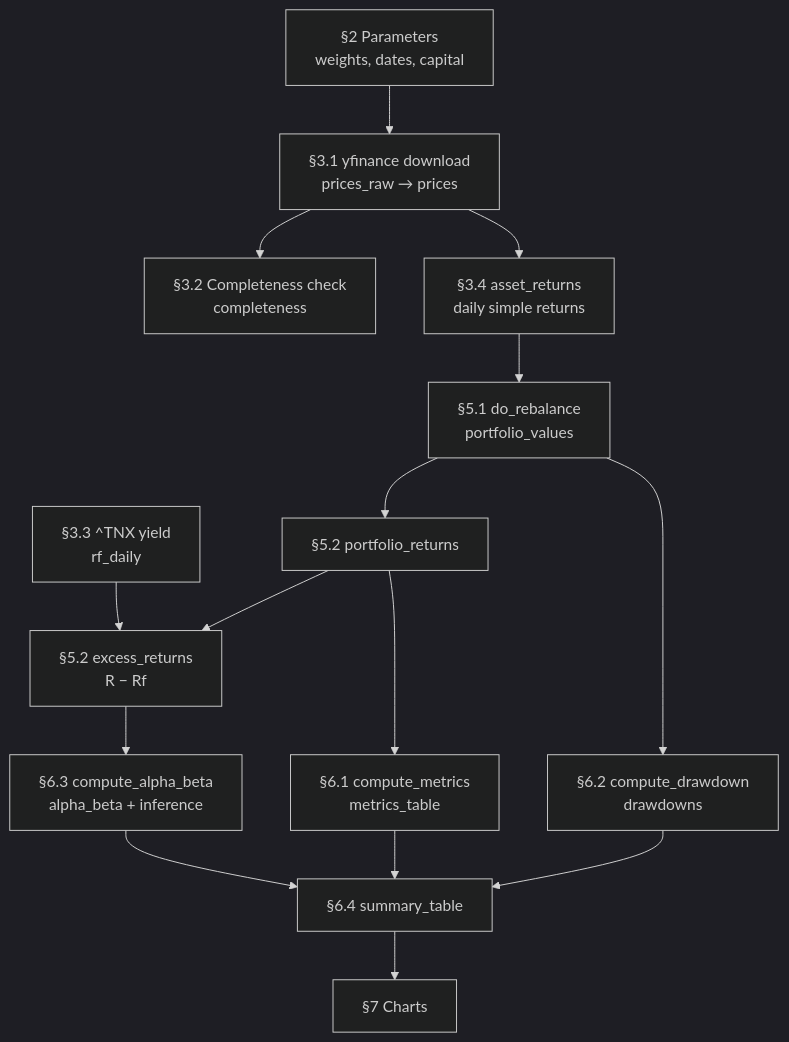
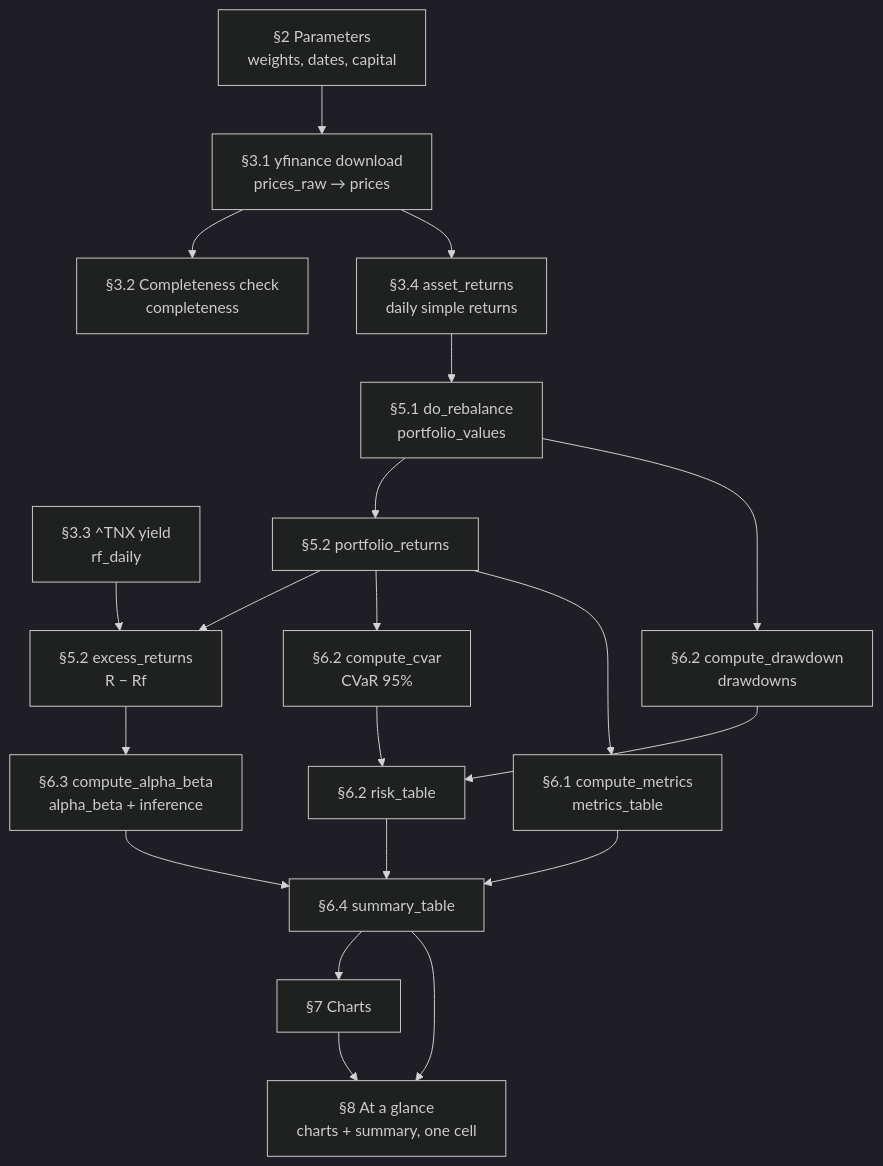
One commit to cyee02/MQF changed the diagram in QF600/Assignment 1 - Compute Alpha/README.md. Above: the diagram before and after it, drawn with Mermaid (dark theme). The commit also changed other lines of this file and 2 other files, not shown here.

First line of the commit message:
Add CVaR tail risk and a one-look summary section (#4)

````diff
--- a/QF600/Assignment 1 - Compute Alpha/README.md
+++ b/QF600/Assignment 1 - Compute Alpha/README.md
@@ -25,17 +25,22 @@
 ```mermaid
 flowchart TD
     P[§2 Parameters<br/>weights, dates, capital] --> D[§3.1 yfinance download<br/>prices_raw → prices]
     D --> V[§3.2 Completeness check<br/>completeness]
     D --> R[§3.4 asset_returns<br/>daily simple returns]
     T[§3.3 ^TNX yield<br/>rf_daily] --> E
     R --> B[§5.1 do_rebalance<br/>portfolio_values]
     B --> Q[§5.2 portfolio_returns]
     Q --> E[§5.2 excess_returns<br/>R − Rf]
     B --> DD[§6.2 compute_drawdown<br/>drawdowns]
+    Q --> CV[§6.2 compute_cvar<br/>CVaR 95%]
+    DD --> RT[§6.2 risk_table]
+    CV --> RT
     Q --> M[§6.1 compute_metrics<br/>metrics_table]
     E --> A[§6.3 compute_alpha_beta<br/>alpha_beta + inference]
     M --> S[§6.4 summary_table]
-    DD --> S
+    RT --> S
     A --> S
     S --> C[§7 Charts]
+    S --> G[§8 At a glance<br/>charts + summary, one cell]
+    C --> G
 ```
````
